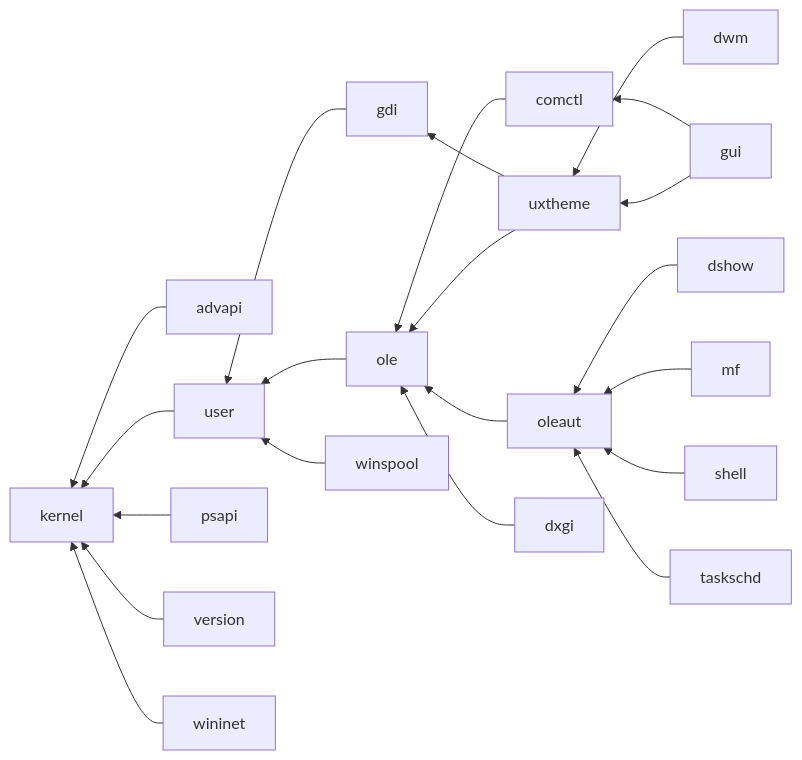
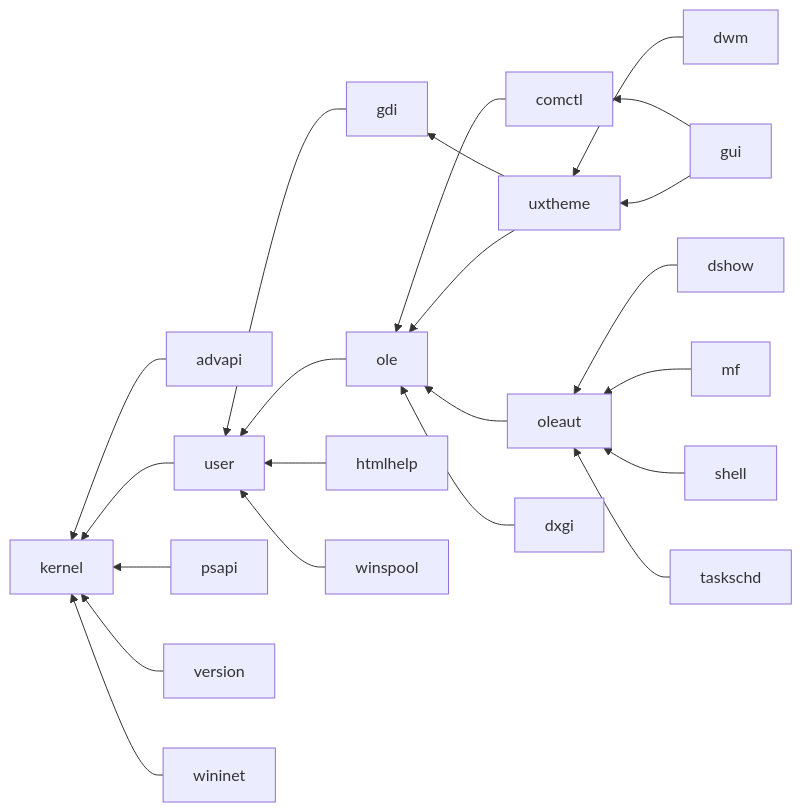
The diagram in features-chart.md (rodrigocfd/winsafe), drawn with Mermaid before and after one commit. The commit also changed 11 other files, not shown here.

````diff
--- a/features-chart.md
+++ b/features-chart.md
@@ -5,23 +5,24 @@
 ```mermaid
 flowchart RL
     advapi --> kernel
     comctl --> ole
     dshow --> oleaut
     dwm --> uxtheme
     dxgi --> ole
     gdi --> user
     gui --> comctl
     gui --> uxtheme
+    htmlhelp --> user
     mf --> oleaut
     ole --> user
     oleaut --> ole
     psapi --> kernel
     shell --> oleaut
     taskschd --> oleaut
     user --> kernel
     uxtheme --> gdi
     uxtheme --> ole
     version --> kernel
     wininet --> kernel
     winspool --> user
 ```
````
